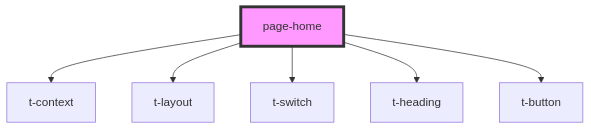
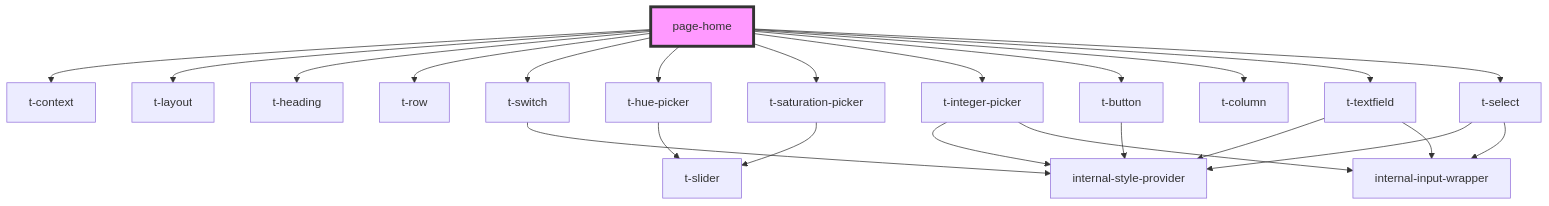
The diagram in src/pages/page-home/readme.md (TomasEng/web-components), drawn with Mermaid before and after one commit. The commit also changed other lines of this file and 15 other files, not shown here.

````diff
--- a/src/pages/page-home/readme.md
+++ b/src/pages/page-home/readme.md
@@ -19,9 +26,26 @@
 ```mermaid
 graph TD;
   page-home --> t-context
   page-home --> t-layout
+  page-home --> t-heading
+  page-home --> t-row
   page-home --> t-switch
-  page-home --> t-heading
+  page-home --> t-hue-picker
+  page-home --> t-saturation-picker
+  page-home --> t-integer-picker
   page-home --> t-button
+  page-home --> t-column
+  page-home --> t-textfield
+  page-home --> t-select
+  t-switch --> internal-style-provider
+  t-hue-picker --> t-slider
+  t-saturation-picker --> t-slider
+  t-integer-picker --> internal-style-provider
+  t-integer-picker --> internal-input-wrapper
+  t-button --> internal-style-provider
+  t-textfield --> internal-style-provider
+  t-textfield --> internal-input-wrapper
+  t-select --> internal-style-provider
+  t-select --> internal-input-wrapper
   style page-home fill:#f9f,stroke:#333,stroke-width:4px
 ```
````
